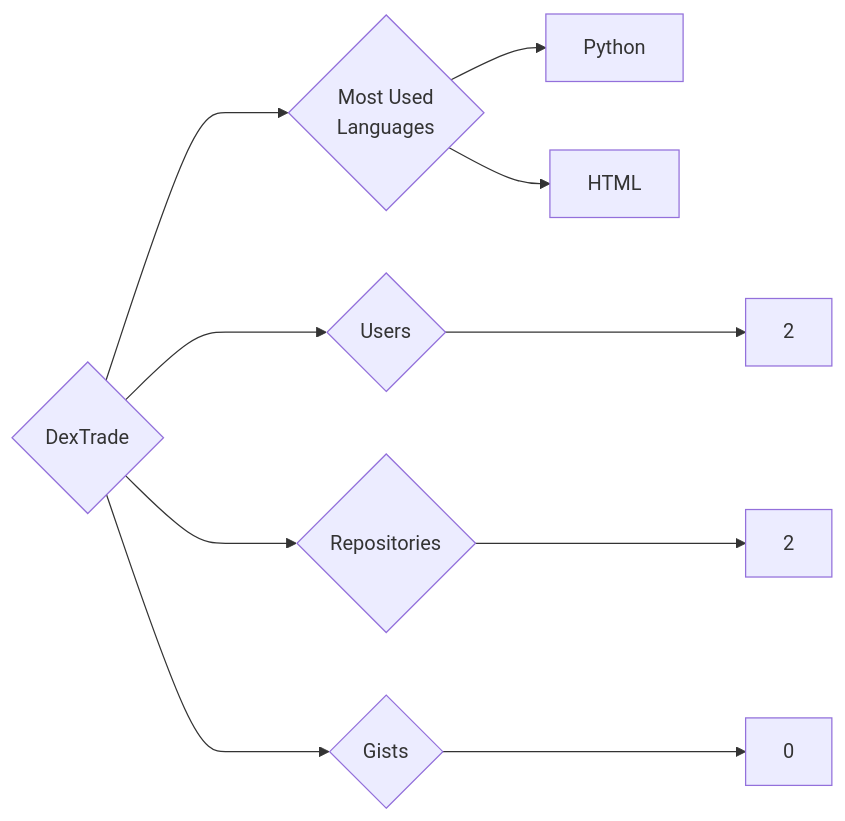
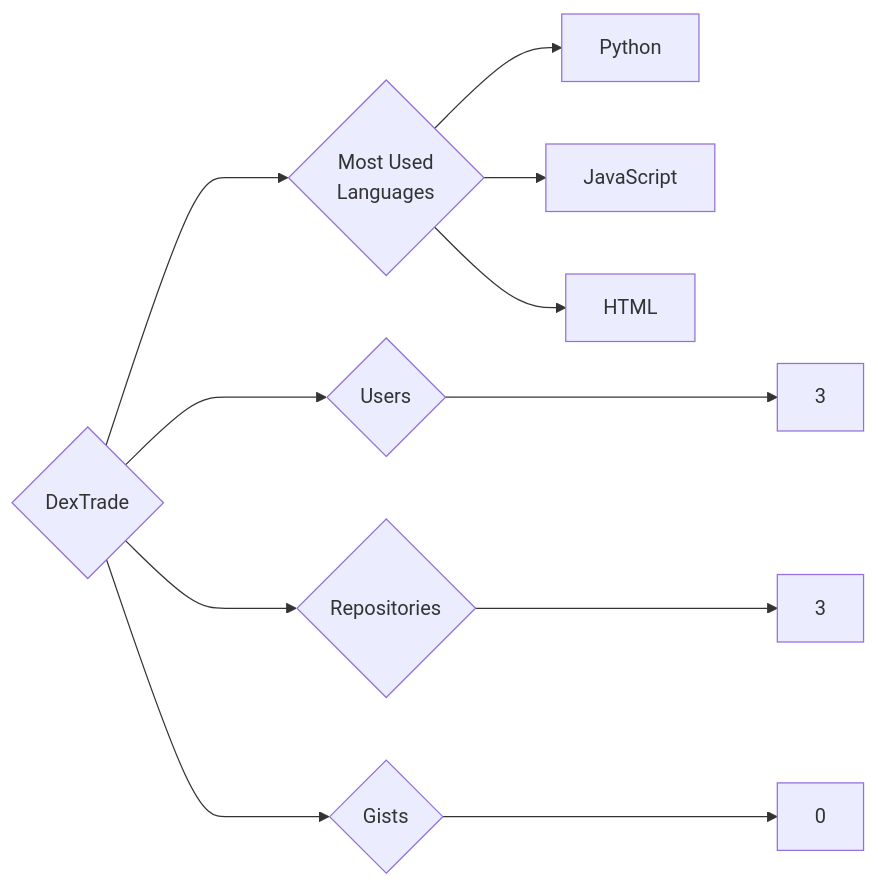
Before and after one commit to trickest/insiders: the diagram in targets/DexTrade/README.md, drawn with Mermaid. The commit also changed 1212 other files, not shown here.

````diff
--- a/targets/DexTrade/README.md
+++ b/targets/DexTrade/README.md
@@ -3,10 +3,11 @@
 ```mermaid
 graph LR
 COMPANY_NAME{DexTrade}
-COMPANY_NAME ---> U{Users} ---> UN[2]
-COMPANY_NAME ---> R{Repositories} ---> RN[2]
+COMPANY_NAME ---> U{Users} ---> UN[3]
+COMPANY_NAME ---> R{Repositories} ---> RN[3]
 COMPANY_NAME ---> G{Gists} ---> GN[0]
 COMPANY_NAME ---> ML{Most Used<br>Languages}
 ML --> Python[Python]
+ML --> JavaScript[JavaScript]
 ML --> HTML[HTML]
 ```
````
